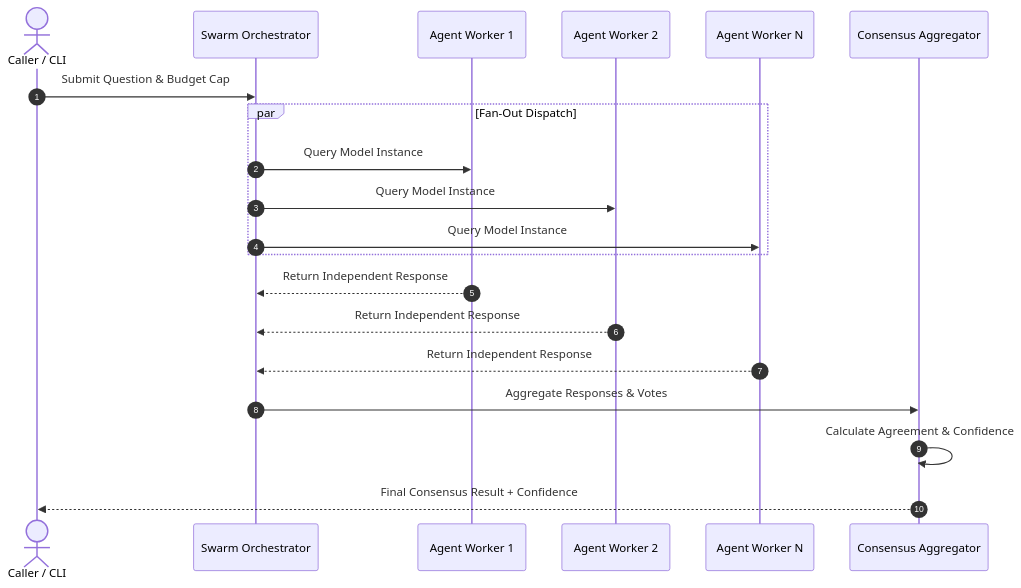
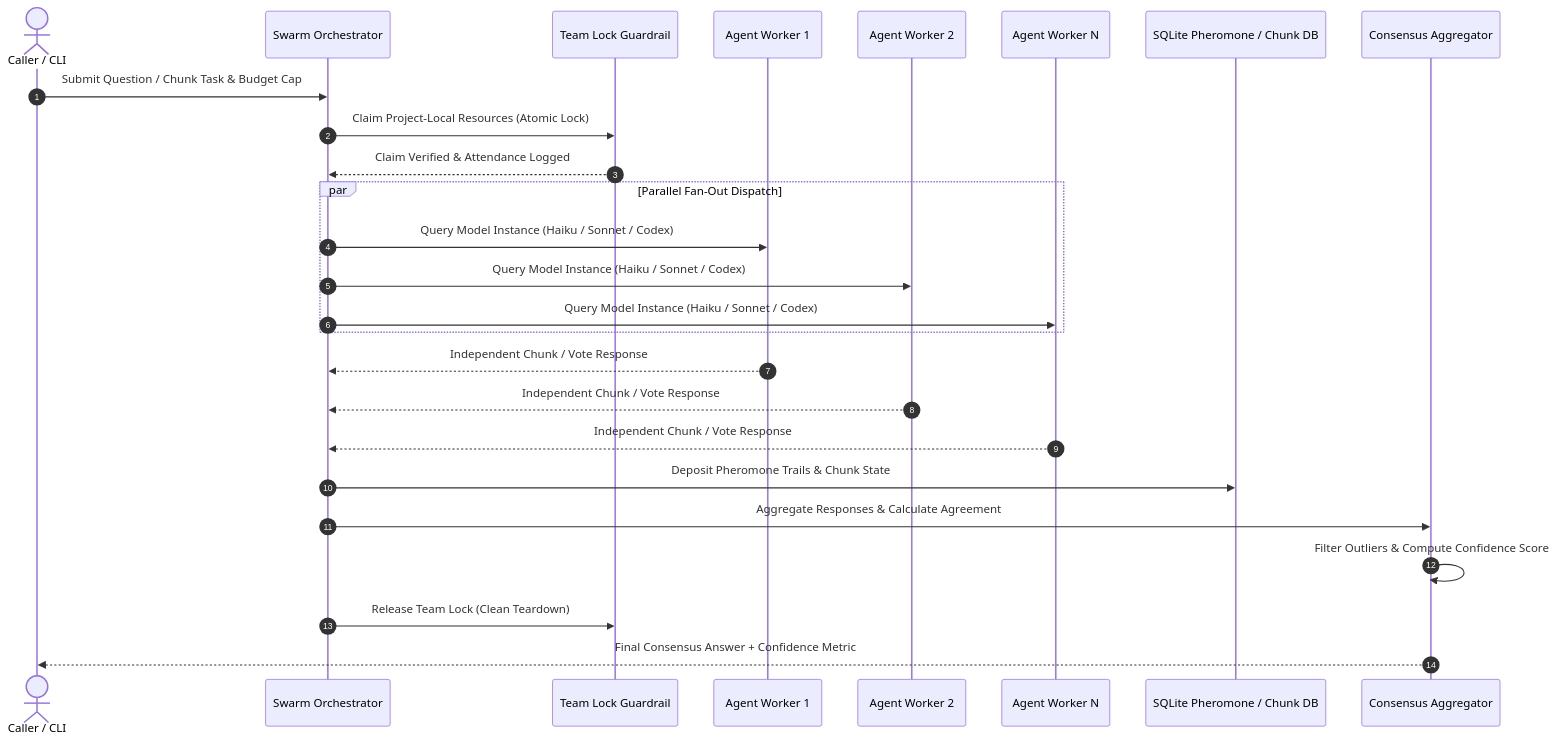
The second of 2 diagrams in README.md (cschanhniem/swarm-ai), drawn with Mermaid before and after one commit. The commit also changed other lines of this file and 8 other files, not shown here.

Commit message:
docs: discoverability, visual architecture, bilingual parity & metadata contract (Pfad B)

````diff
--- a/README.md
+++ b/README.md
@@ -87,23 +96,29 @@
 ```mermaid
 sequenceDiagram
     autonumber
     actor Caller as Caller / CLI
     participant Orch as Swarm Orchestrator
+    participant Guard as Team Lock Guardrail
     participant WorkerA as Agent Worker 1
     participant WorkerB as Agent Worker 2
     participant WorkerN as Agent Worker N
+    participant Store as SQLite Pheromone / Chunk DB
     participant Voter as Consensus Aggregator
 
-    Caller->>Orch: Submit Question & Budget Cap
-    par Fan-Out Dispatch
-        Orch->>WorkerA: Query Model Instance
-        Orch->>WorkerB: Query Model Instance
-        Orch->>WorkerN: Query Model Instance
+    Caller->>Orch: Submit Question / Chunk Task & Budget Cap
+    Orch->>Guard: Claim Project-Local Resources (Atomic Lock)
+    Guard-->>Orch: Claim Verified & Attendance Logged
+    par Parallel Fan-Out Dispatch
+        Orch->>WorkerA: Query Model Instance (Haiku / Sonnet / Codex)
+        Orch->>WorkerB: Query Model Instance (Haiku / Sonnet / Codex)
+        Orch->>WorkerN: Query Model Instance (Haiku / Sonnet / Codex)
     end
-    WorkerA-->>Orch: Return Independent Response
-    WorkerB-->>Orch: Return Independent Response
-    WorkerN-->>Orch: Return Independent Response
-    Orch->>Voter: Aggregate Responses & Votes
-    Voter->>Voter: Calculate Agreement & Confidence
-    Voter-->>Caller: Final Consensus Result + Confidence
+    WorkerA-->>Orch: Independent Chunk / Vote Response
+    WorkerB-->>Orch: Independent Chunk / Vote Response
+    WorkerN-->>Orch: Independent Chunk / Vote Response
+    Orch->>Store: Deposit Pheromone Trails & Chunk State
+    Orch->>Voter: Aggregate Responses & Calculate Agreement
+    Voter->>Voter: Filter Outliers & Compute Confidence Score
+    Orch->>Guard: Release Team Lock (Clean Teardown)
+    Voter-->>Caller: Final Consensus Answer + Confidence Metric
 ```
````
